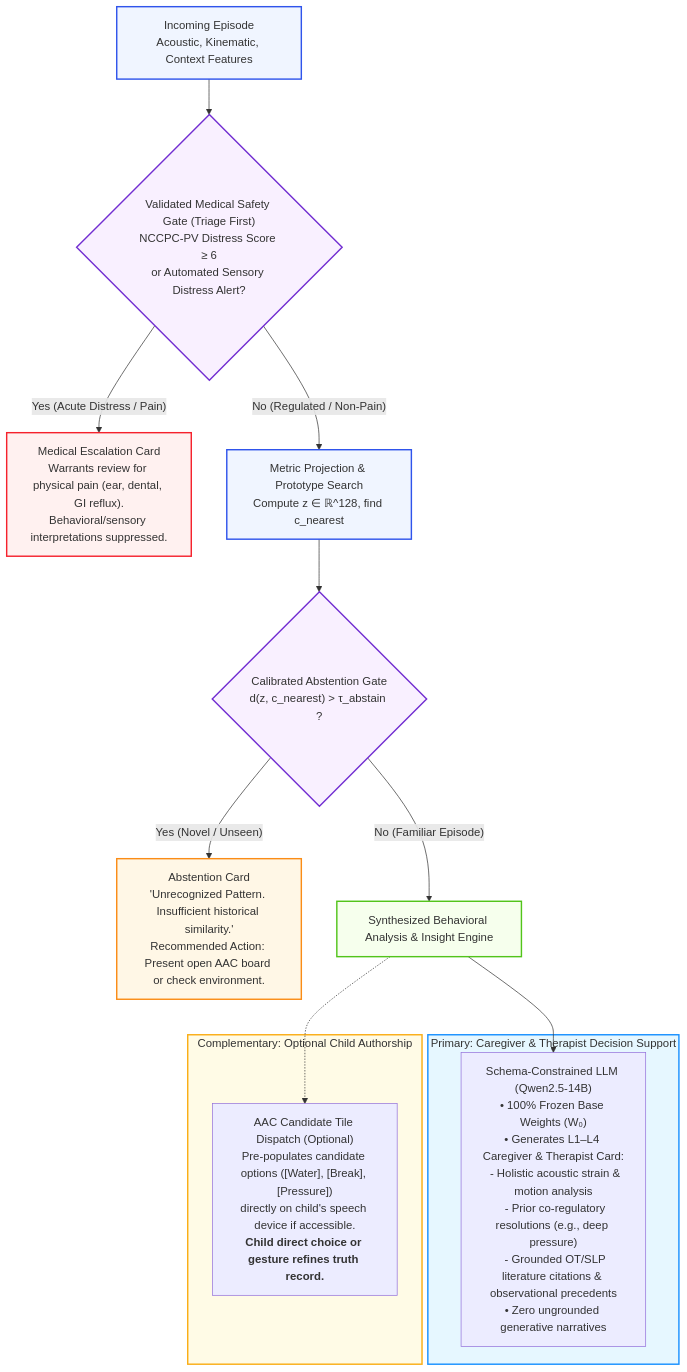
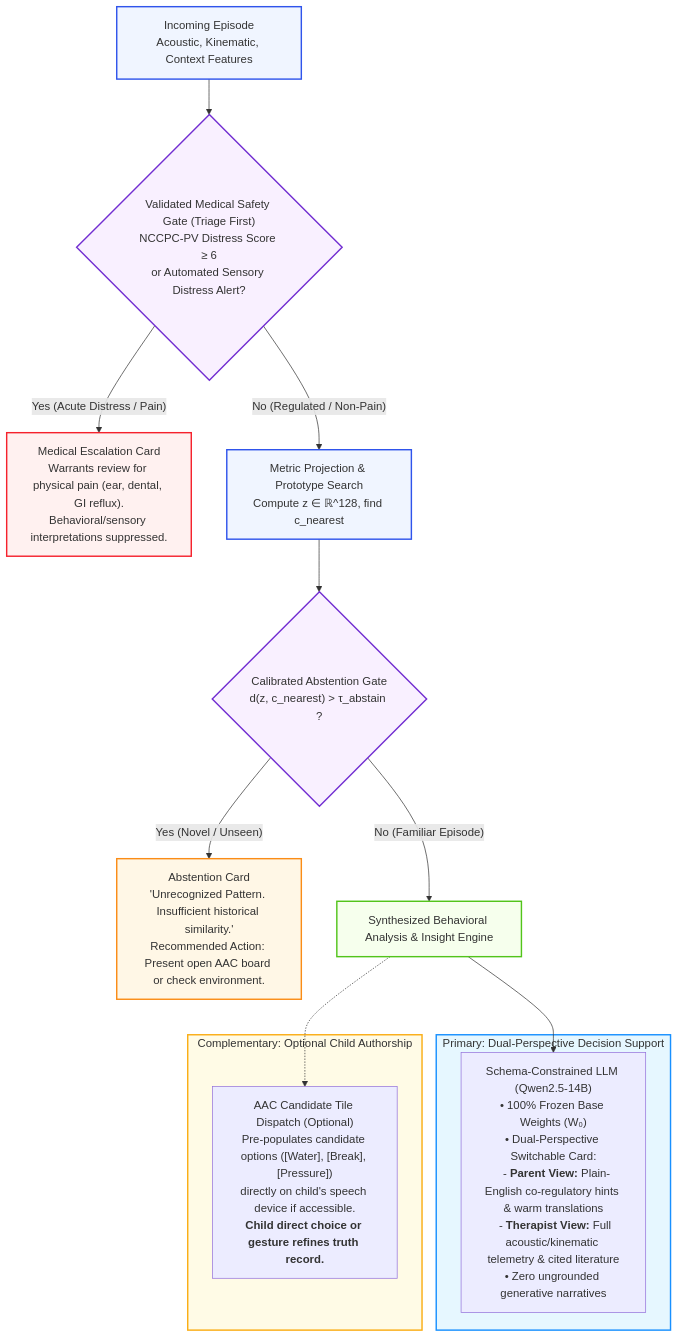
Before and after one commit to olostan/project_n: the sixth of 7 diagrams in DESIGN.md, drawn with Mermaid. The commit also changed other lines of this file and 4 other files, not shown here.

First line of the commit message:
Introduce Dual-Perspective Interaction Model (Parent View vs Therapist View)

````diff
--- a/DESIGN.md
+++ b/DESIGN.md
@@ -200,35 +200,35 @@
 ```mermaid
 graph TD
     Query["Incoming Episode<br/>Acoustic, Kinematic, Context Features"] --> Gate1{"Validated Medical Safety Gate (Triage First)<br/>NCCPC-PV Distress Score ≥ 6<br/>or Automated Sensory Distress Alert?"}
 
     Gate1 -- "Yes (Acute Distress / Pain)" --> MedicalCard["Medical Escalation Card<br/>Warrants review for physical pain (ear, dental, GI reflux).<br/>Behavioral/sensory interpretations suppressed."]
 
     Gate1 -- "No (Regulated / Non-Pain)" --> Embed["Metric Projection & Prototype Search<br/>Compute z ∈ ℝ^128, find c_nearest"]
 
     Embed --> Gate2{"Calibrated Abstention Gate<br/>d(z, c_nearest) > τ_abstain ?"}
 
     Gate2 -- "Yes (Novel / Unseen)" --> AbstainCard["Abstention Card<br/>'Unrecognized Pattern. Insufficient historical similarity.'<br/>Recommended Action: Present open AAC board or check environment."]
 
     Gate2 -- "No (Familiar Episode)" --> InsightSynthesis["Synthesized Behavioral Analysis & Insight Engine"]
 
-    subgraph CaregiverPathway ["Primary: Caregiver & Therapist Decision Support"]
-        LLM["Schema-Constrained LLM (Qwen2.5-14B)<br/>• 100% Frozen Base Weights (W₀)<br/>• Generates L1–L4 Caregiver & Therapist Card:<br/>  - Holistic acoustic strain & motion analysis<br/>  - Prior co-regulatory resolutions (e.g., deep pressure)<br/>  - Grounded OT/SLP literature citations & observational precedents<br/>• Zero ungrounded generative narratives"]
+    subgraph CaregiverPathway ["Primary: Dual-Perspective Decision Support"]
+        LLM["Schema-Constrained LLM (Qwen2.5-14B)<br/>• 100% Frozen Base Weights (W₀)<br/>• Dual-Perspective Switchable Card:<br/>  - <b>Parent View:</b> Plain-English co-regulatory hints & warm translations<br/>  - <b>Therapist View:</b> Full acoustic/kinematic telemetry & cited literature<br/>• Zero ungrounded generative narratives"]
     end
 
     subgraph AACPathway ["Complementary: Optional Child Authorship"]
         AAC["AAC Candidate Tile Dispatch (Optional)<br/>Pre-populates candidate options ([Water], [Break], [Pressure])<br/>directly on child's speech device if accessible.<br/><b>Child direct choice or gesture refines truth record.</b>"]
     end
 
     InsightSynthesis --> LLM
     InsightSynthesis -.-> AAC
 
     style Query fill:#f0f5ff,stroke:#2f54eb,stroke-width:2px
     style Gate1 fill:#f9f0ff,stroke:#722ed1,stroke-width:2px
     style Gate2 fill:#f9f0ff,stroke:#722ed1,stroke-width:2px
     style Embed fill:#f0f5ff,stroke:#2f54eb,stroke-width:2px
     style AbstainCard fill:#fff7e6,stroke:#fa8c16,stroke-width:2px
     style MedicalCard fill:#fff1f0,stroke:#f5222d,stroke-width:2px
     style InsightSynthesis fill:#f6ffed,stroke:#52c41a,stroke-width:2px
     style CaregiverPathway fill:#e6f7ff,stroke:#1890ff,stroke-width:2px
     style AACPathway fill:#fffbe6,stroke:#faad14,stroke-width:2px
 ```
````
